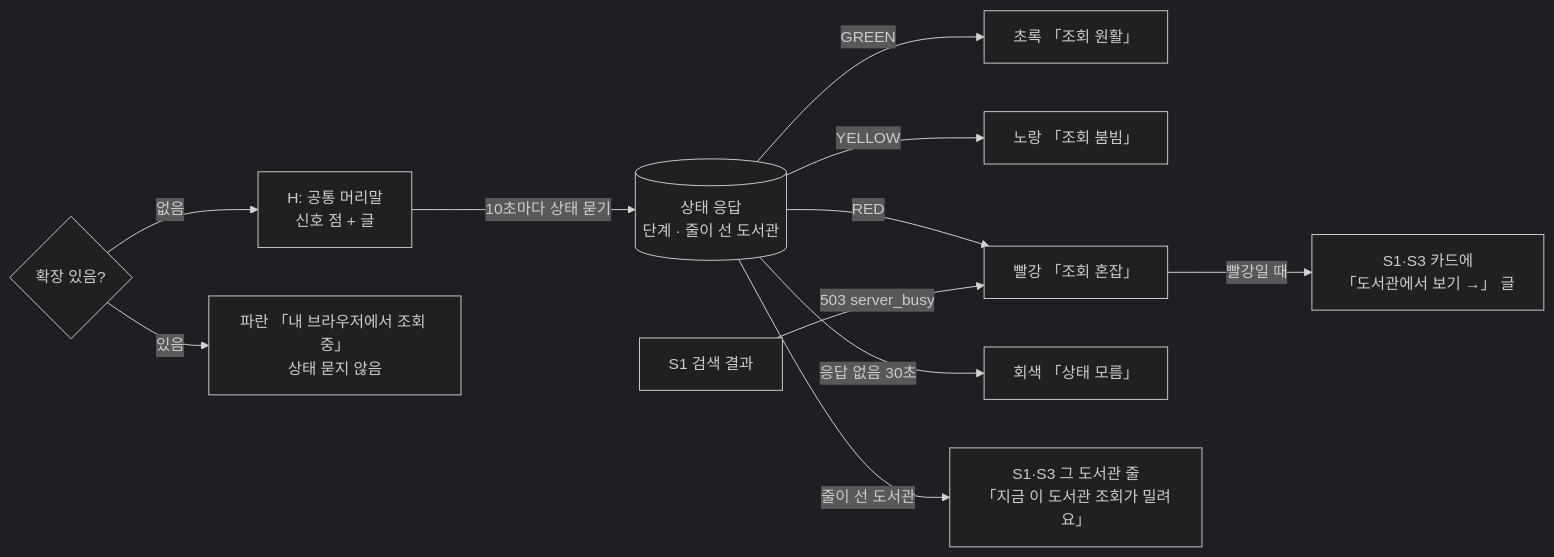
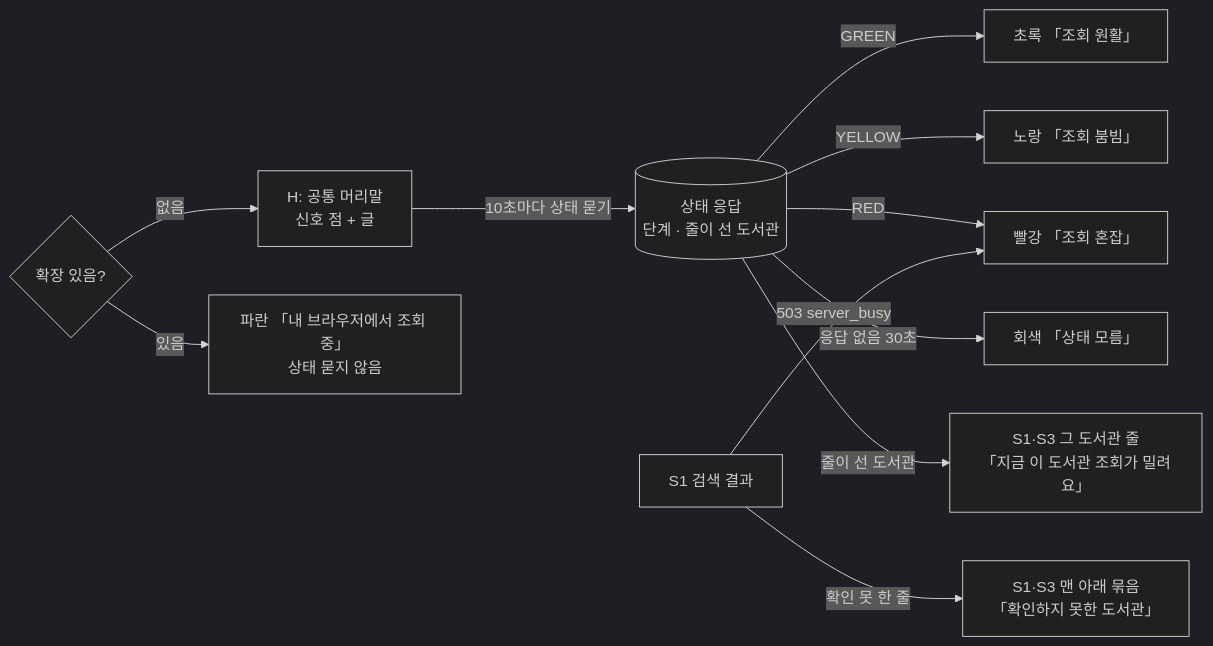
One commit to hodu-sketch/chaekcheck-plan changed the first of 2 diagrams in docs/cycles/20-lookup-status-and-extension/flow.md. Above: the diagram before and after it, drawn with Mermaid (dark theme). The commit also changed other lines of this file and 3 other files, not shown here.

Commit message:
cycle 20 flow: #7 re-proposed as failed-row placement (no card text when red, user); blocked-IP cap 24h -> 1 week (user via cycle 17)

````diff
--- a/docs/cycles/20-lookup-status-and-extension/flow.md
+++ b/docs/cycles/20-lookup-status-and-extension/flow.md
@@ -7,13 +7,13 @@
 ```mermaid
 flowchart LR
   H[H: 공통 머리말<br/>신호 점 + 글] -->|10초마다 상태 묻기| ST[(상태 응답<br/>단계 · 줄이 선 도서관)]
   ST -->|GREEN| Hg[초록 「조회 원활」]
   ST -->|YELLOW| Hy[노랑 「조회 붐빔」]
   ST -->|RED| Hr[빨강 「조회 혼잡」]
   ST -->|응답 없음 30초| Hx[회색 「상태 모름」]
   EXT{확장 있음?} -->|있음| Hb[파란 「내 브라우저에서 조회 중」<br/>상태 묻지 않음]
   EXT -->|없음| H
-  Hr -->|빨강일 때| S1n[S1·S3 카드에<br/>「도서관에서 보기 →」 글]
+  S1 -->|확인 못 한 줄| S1n[S1·S3 맨 아래 묶음<br/>「확인하지 못한 도서관」]
   ST -->|줄이 선 도서관| S1q[S1·S3 그 도서관 줄<br/>「지금 이 도서관 조회가 밀려요」]
   S1[S1 검색 결과] -->|503 server_busy| Hr
 ```
````
